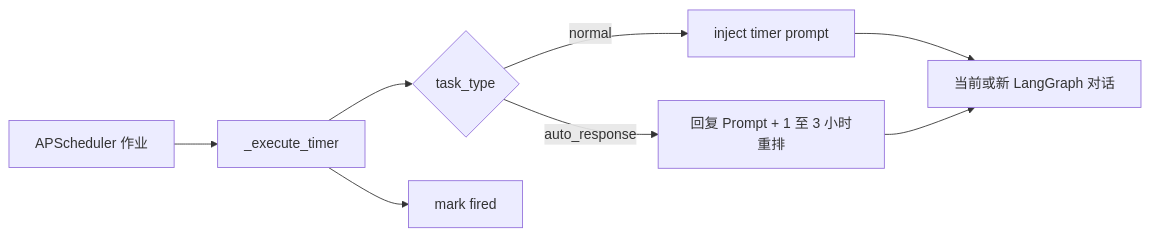
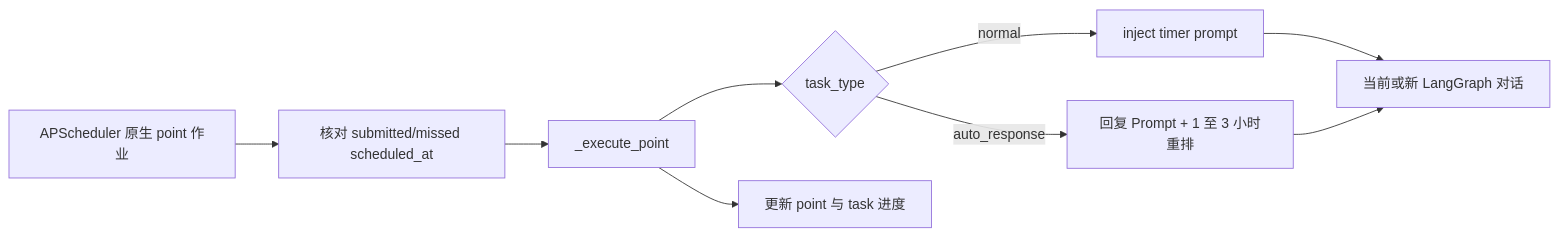
One commit to ATreep/hatsume-qq-bot changed the eighth of 10 diagrams in docs/arch.md. Above: the diagram before and after it, drawn with Mermaid. The commit also changed other lines of this file and 25 other files, not shown here.

Commit message:
Refactor Hatsume plugin architecture

```diff
--- a/docs/arch.md
+++ b/docs/arch.md
@@ -384,10 +400,11 @@
 ~~~mermaid
 flowchart LR
-    Job[APScheduler 作业] --> Execute[_execute_timer]
+    Job[APScheduler 原生 point 作业] --> Reconcile[核对 submitted/missed scheduled_at]
+    Reconcile --> Execute[_execute_point]
     Execute --> Kind{task_type}
     Kind -- normal --> Inject[inject timer prompt]
     Kind -- auto_response --> Response[回复 Prompt + 1 至 3 小时重排]
     Inject --> Graph[当前或新 LangGraph 对话]
     Response --> Graph
-    Execute --> Fired[mark fired]
+    Execute --> Progress[更新 point 与 task 进度]
 ~~~
```
